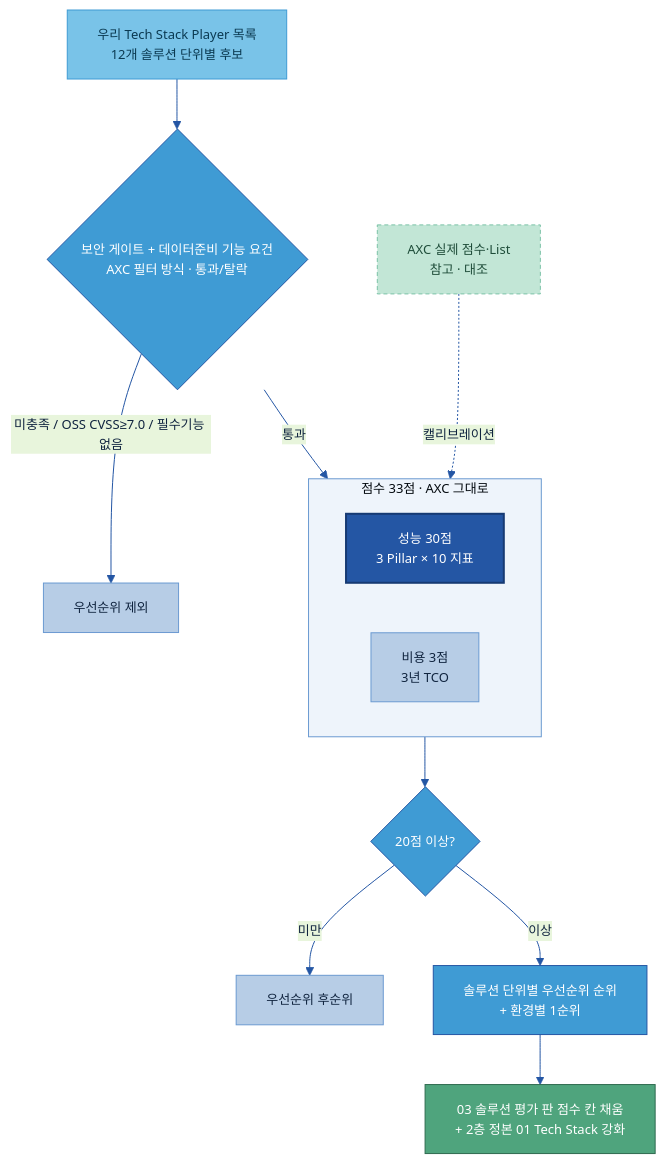
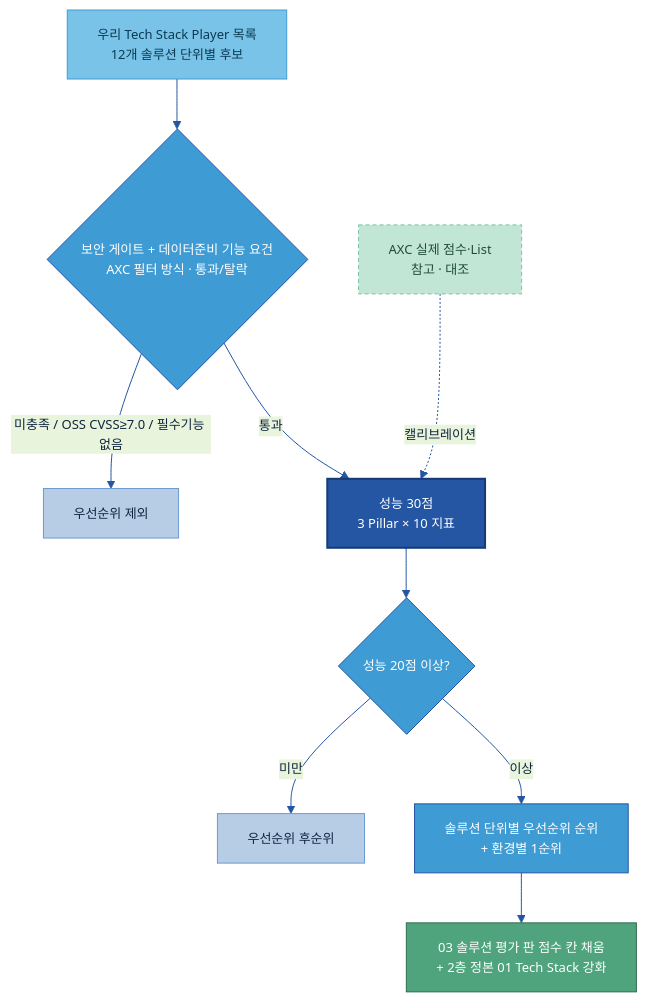
One commit to jin-kearney/ai-ready-data-manual changed the diagram in Tech Player/Tech 솔루션 평가 기획안 (AXC 방법론 준용).md. Above: the diagram before and after it, drawn with Mermaid. The commit also changed other lines of this file and 1 other file, not shown here.

````diff
--- a/Tech Player/Tech 솔루션 평가 기획안 (AXC 방법론 준용).md
+++ b/Tech Player/Tech 솔루션 평가 기획안 (AXC 방법론 준용).md
@@ -60,27 +58,21 @@
 ```mermaid
 %%{init: {'theme':'base','themeVariables':{'primaryColor':'#DCE8F5','primaryBorderColor':'#2456A4','primaryTextColor':'#10243f','lineColor':'#2456A4','clusterBkg':'#EEF4FB','clusterBorder':'#6B9AD1','fontSize':'13px'}}}%%
 flowchart TB
     POOL[우리 Tech Stack Player 목록<br/>12개 솔루션 단위별 후보]:::src --> GATE{보안 게이트 + 데이터준비 기능 요건<br/>AXC 필터 방식 · 통과/탈락}:::gate
     GATE -->|미충족 / OSS CVSS≥7.0 / 필수기능 없음| OUT[우선순위 제외]:::n
-    GATE -->|통과| SCORE
+    GATE -->|통과| PERF[성능 30점<br/>3 Pillar × 10 지표]:::cat
 
-    subgraph SCORE[점수 33점 · AXC 그대로]
-        direction LR
-        S1[성능 30점<br/>3 Pillar × 10 지표]:::cat
-        S2[비용 3점<br/>3년 TCO]:::n
-    end
-
-    SCORE --> CUT{20점 이상?}:::gate
+    PERF --> CUT{성능 20점 이상?}:::gate
     CUT -->|미만| LOW[우선순위 후순위]:::n
     CUT -->|이상| RANK[솔루션 단위별 우선순위 순위<br/>+ 환경별 1순위]:::gate
     RANK --> CANON[03 솔루션 평가 판 점수 칸 채움<br/>+ 2층 정본 01 Tech Stack 강화]:::loop
 
-    AXC[AXC 실제 점수·List<br/>참고 · 대조]:::cross -.캘리브레이션.-> SCORE
+    AXC[AXC 실제 점수·List<br/>참고 · 대조]:::cross -.캘리브레이션.-> PERF
 
     classDef n fill:#B7CDE6,stroke:#6B9AD1,color:#10243f;
     classDef src fill:#79C3E8,stroke:#3F9BD4,color:#0b3a52;
     classDef cat fill:#2456A4,color:#fff,stroke:#163a73,stroke-width:2px;
     classDef gate fill:#3F9BD4,stroke:#2456A4,color:#fff;
     classDef loop fill:#4FA47D,stroke:#2f6b50,color:#fff;
     classDef cross fill:#C2E6D6,stroke:#7CC2A7,color:#1f4d3a,stroke-dasharray:4 3;
 ```
````
